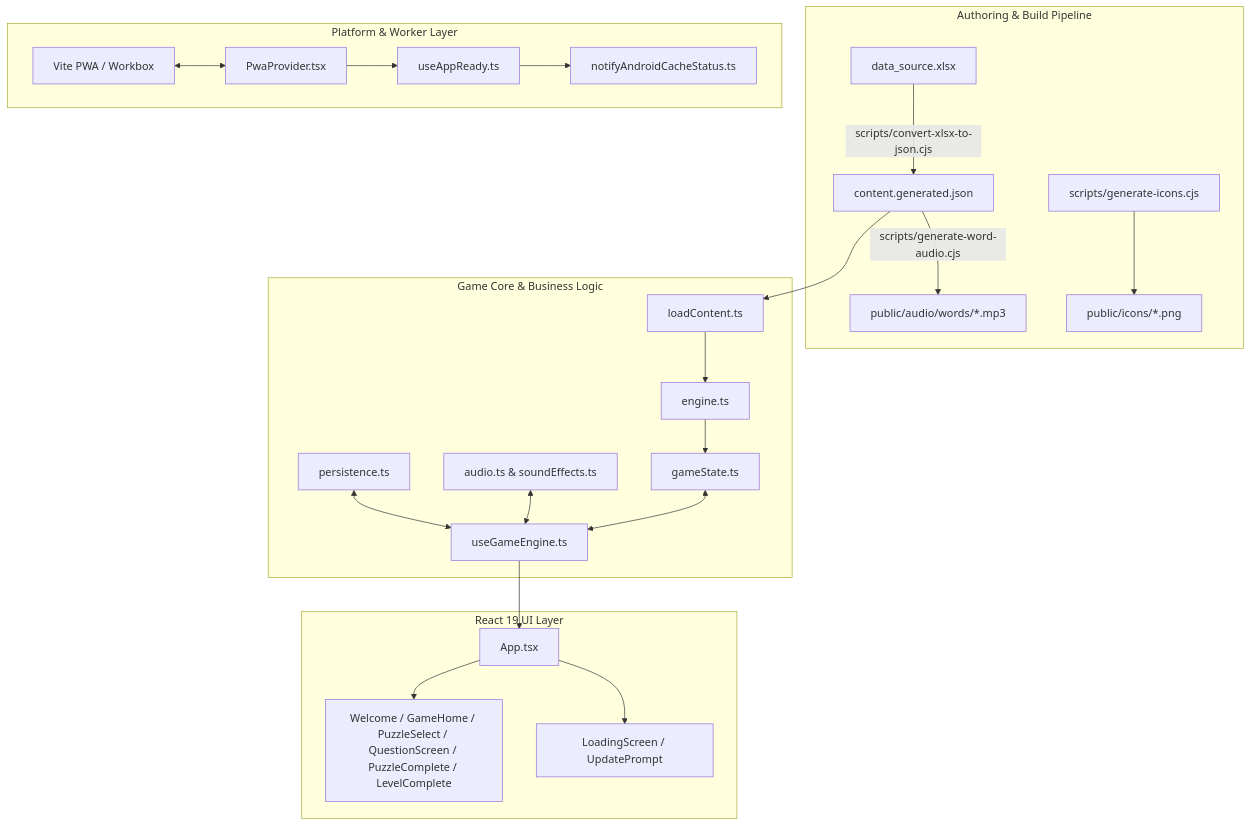
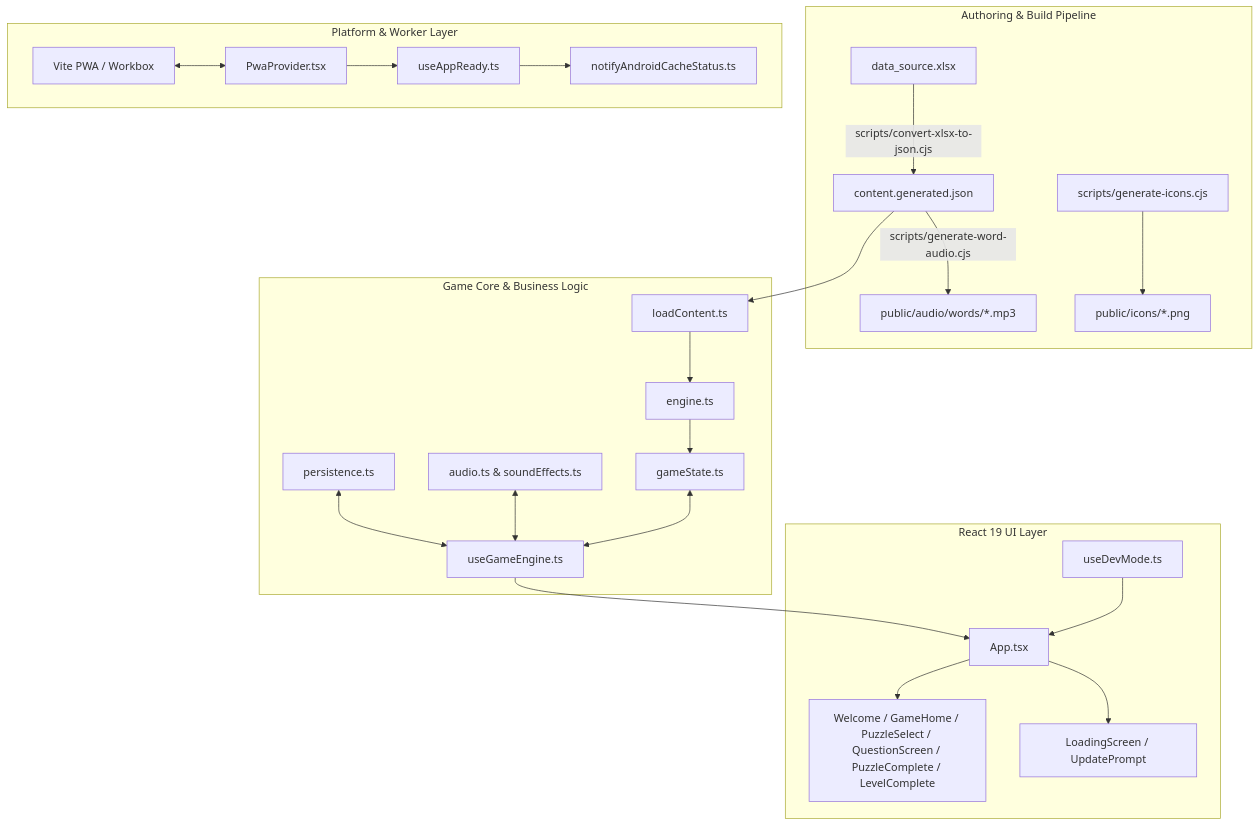
The first of 3 diagrams in TECHNICAL_ARCHITECTURE.md (amitsinghsutara/Speeling-Game-2), drawn with Mermaid before and after one commit. The commit also changed other lines of this file and 1 other file, not shown here.

Commit message:
docs: add documentation for hidden dev mode to README and technical architecture

````diff
--- a/TECHNICAL_ARCHITECTURE.md
+++ b/TECHNICAL_ARCHITECTURE.md
@@ -13,29 +13,30 @@
 ```mermaid
 graph TD
     subgraph Data Pipeline [Authoring & Build Pipeline]
         XLSX[data_source.xlsx] -->|scripts/convert-xlsx-to-json.cjs| JSON[content.generated.json]
         JSON -->|scripts/generate-word-audio.cjs| MP3s[public/audio/words/*.mp3]
         ScriptIcons[scripts/generate-icons.cjs] --> PNGs[public/icons/*.png]
     end
 
     subgraph Runtime Core [Game Core & Business Logic]
         JSON --> LoadContent[loadContent.ts]
         LoadContent --> Engine[engine.ts]
         Engine --> Reducer[gameState.ts]
         Persistence[persistence.ts] <--> UseEngine[useGameEngine.ts]
         Audio[audio.ts & soundEffects.ts] <--> UseEngine
         Reducer <--> UseEngine
     end
 
     subgraph Presentation [React 19 UI Layer]
         UseEngine --> App[App.tsx]
+        DevMode[useDevMode.ts] --> App
         App --> Screens[Welcome / GameHome / PuzzleSelect / QuestionScreen / PuzzleComplete / LevelComplete]
         App --> PWA_UI[LoadingScreen / UpdatePrompt]
     end
 
     subgraph PWA & Shell [Platform & Worker Layer]
         ServiceWorker[Vite PWA / Workbox] <--> PwaProvider[PwaProvider.tsx]
         PwaProvider --> UseAppReady[useAppReady.ts]
         UseAppReady --> AndroidBridge[notifyAndroidCacheStatus.ts]
     end
 ```
````
